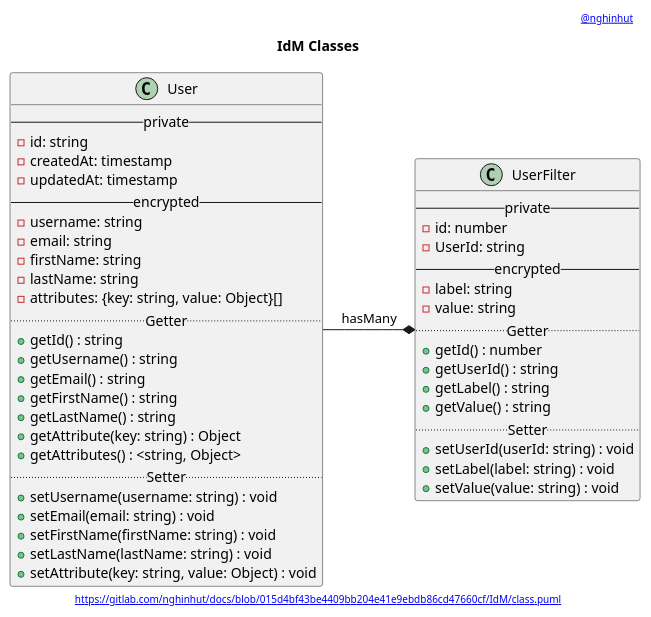
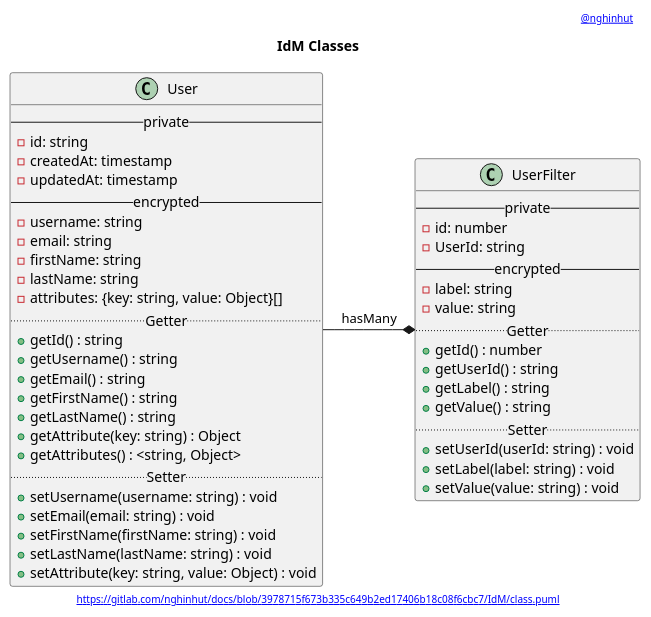
The diagram in IdM/class.puml (nghinhut/docs), drawn with PlantUML before and after one commit. The commit also changed 22 other files, not shown here.

Commit message:
Update diagrams

```diff
--- a/IdM/class.puml
+++ b/IdM/class.puml
@@ -1,56 +1,56 @@
 @startuml
 '-----START auto generated metadata please keep comment here to allow auto update-----
 '-----DON'T EDIT THIS SECTION, INSTEAD RE-RUN prebuild.sh TO UPDATE-----
-header [[https://www.nghinhut.dev?from=http%5C%3A%5C%2F%5C%2Fwww%5C.plantuml%5C.com%5C%2Fplantuml%5C%2Fproxy%3Ffmt%3Dsvg%5C%26src%3Dhttps%5C%3A%5C%2F%5C%2Fgitlab%5C.com%5C%2Fnghinhut%5C%2Fdocs%5C%2Fraw%5C%2F015d4bf43be4409bb204e41e9ebdb86cd47660cf%5C%2FIdM%5C%2Fclass%5C.puml%0A @nghinhut]]
-footer [[http://www.plantuml.com/plantuml/proxy?fmt=svg&src=https://gitlab.com/nghinhut/docs/raw/015d4bf43be4409bb204e41e9ebdb86cd47660cf/IdM/class.puml https://gitlab.com/nghinhut/docs/blob/015d4bf43be4409bb204e41e9ebdb86cd47660cf/IdM/class.puml]]
+header [[https://www.nghinhut.dev?from=http%5C%3A%5C%2F%5C%2Fwww%5C.plantuml%5C.com%5C%2Fplantuml%5C%2Fproxy%3Ffmt%3Dsvg%5C%26src%3Dhttps%5C%3A%5C%2F%5C%2Fgitlab%5C.com%5C%2Fnghinhut%5C%2Fdocs%5C%2Fraw%5C%2F3978715f673b335c649b2ed17406b18c08f6cbc7%5C%2FIdM%5C%2Fclass%5C.puml%0A @nghinhut]]
+footer [[http://www.plantuml.com/plantuml/proxy?fmt=svg&src=https://gitlab.com/nghinhut/docs/raw/3978715f673b335c649b2ed17406b18c08f6cbc7/IdM/class.puml https://gitlab.com/nghinhut/docs/blob/3978715f673b335c649b2ed17406b18c08f6cbc7/IdM/class.puml]]
 '-----END auto generated metadata please keep comment here to allow auto update-----
 title IdM Classes
 
 class "User" as user {
     -- private --
     - id: string
     - createdAt: timestamp
     - updatedAt: timestamp
     -- encrypted --
     - username: string
     - email: string
     - firstName: string
     - lastName: string
     - attributes: {key: string, value: Object}[]
     .. Getter ..
     + getId() : string
     + getUsername() : string
     + getEmail() : string
     + getFirstName() : string
     + getLastName() : string
     + getAttribute(key: string) : Object
     + getAttributes() : <string, Object>
     .. Setter ..
     + setUsername(username: string) : void
     + setEmail(email: string) : void
     + setFirstName(firstName: string) : void
     + setLastName(lastName: string) : void
     + setAttribute(key: string, value: Object) : void
 }
 
 class "UserFilter" as user_filter {
     -- private --
     - id: number
     - UserId: string
     -- encrypted --
     - label: string
     - value: string
     .. Getter ..
     + getId() : number
     + getUserId() : string
     + getLabel() : string
     + getValue() : string
     .. Setter ..
     + setUserId(userId: string) : void
     + setLabel(label: string) : void
     + setValue(value: string) : void
 }
 
 user -* user_filter : hasMany
 
 @enduml
```
